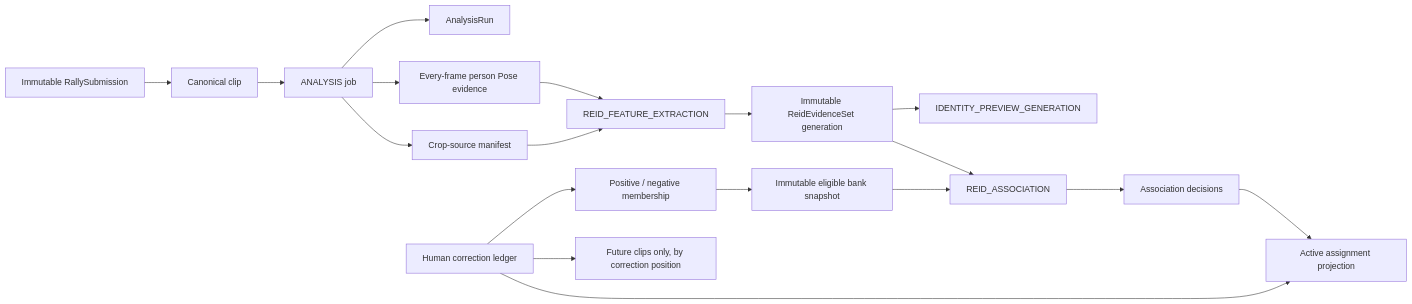
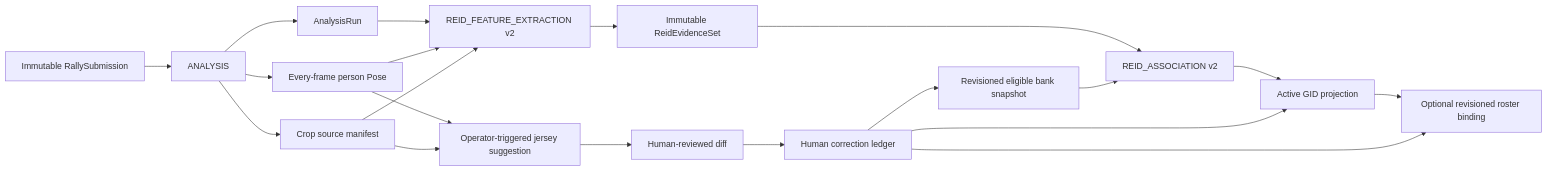
Before and after one commit to henry753951/volleyball-monitoring-ai: the diagram in docs/REID_EVIDENCE_AND_HUMAN_CORRECTION_GUIDE.md, drawn with Mermaid. The commit also changed other lines of this file and 117 other files, not shown here.

````diff
--- a/docs/REID_EVIDENCE_AND_HUMAN_CORRECTION_GUIDE.md
+++ b/docs/REID_EVIDENCE_AND_HUMAN_CORRECTION_GUIDE.md
@@ -19,20 +26,22 @@
 ```mermaid
 flowchart LR
-    Submission["Immutable RallySubmission"] --> Clip["Canonical clip"]
-    Clip --> Analysis["ANALYSIS job"]
-    Analysis --> AnalysisRun["AnalysisRun"]
-    Analysis --> Pose["Every-frame person Pose evidence"]
-    Analysis --> Crop["Crop-source manifest"]
-    Pose --> Feature["REID_FEATURE_EXTRACTION"]
+    Submission["Immutable RallySubmission"] --> Analysis["ANALYSIS"]
+    Analysis --> Run["AnalysisRun"]
+    Analysis --> Pose["Every-frame person Pose"]
+    Analysis --> Crop["Crop source manifest"]
+    Run --> Feature["REID_FEATURE_EXTRACTION v2"]
+    Pose --> Feature
     Crop --> Feature
-    Feature --> Evidence["Immutable ReidEvidenceSet generation"]
-    Evidence --> Preview["IDENTITY_PREVIEW_GENERATION"]
-    Evidence --> Association["REID_ASSOCIATION"]
-    Bank["Immutable eligible bank snapshot"] --> Association
-    Association --> Decision["Association decisions"]
-    Decision --> Projection["Active assignment projection"]
-    Human["Human correction ledger"] --> Projection
-    Human --> Membership["Positive / negative membership"]
-    Membership --> Bank
-    Human --> Future["Future clips only, by correction position"]
+    Feature --> Evidence["Immutable ReidEvidenceSet"]
+    Evidence --> Association["REID_ASSOCIATION v2"]
+    Bank["Revisioned eligible bank snapshot"] --> Association
+    Association --> Gid["Active GID projection"]
+    Gid --> Player["Optional revisioned roster binding"]
+    Human["Human correction ledger"] --> Gid
+    Human --> Player
+    Human --> Bank
+    Pose --> Jersey["Operator-triggered jersey suggestion"]
+    Crop --> Jersey
+    Jersey --> Diff["Human-reviewed diff"]
+    Diff --> Human
 ```
````
